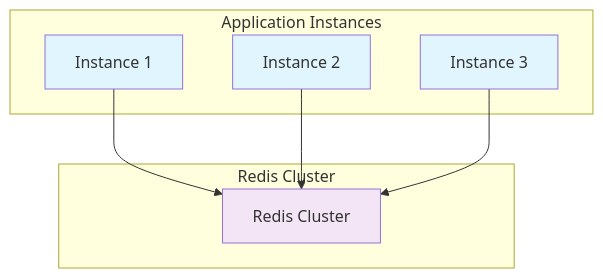
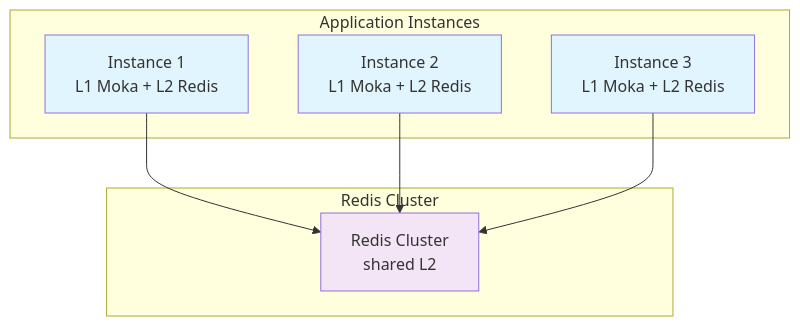
The sixth of 6 diagrams in docs/ARCHITECTURE.md (Kirky-X/oxcache), drawn with Mermaid before and after one commit. The commit also changed other lines of this file and 2 other files, not shown here.

First line of the commit message:
docs: update API_REFERENCE, USER_GUIDE, ARCHITECTURE to 0.3.2

````diff
--- a/docs/ARCHITECTURE.md
+++ b/docs/ARCHITECTURE.md
@@ -669,21 +737,21 @@
 ```mermaid
 graph TD
     subgraph "Application Instances"
-        I1[Instance 1]
-        I2[Instance 2]
-        I3[Instance 3]
+        I1[Instance 1<br/>L1 Moka + L2 Redis]
+        I2[Instance 2<br/>L1 Moka + L2 Redis]
+        I3[Instance 3<br/>L1 Moka + L2 Redis]
     end
 
     subgraph "Redis Cluster"
-        R[Redis Cluster]
+        R[Redis Cluster<br/>shared L2]
     end
 
     I1 --> R
     I2 --> R
     I3 --> R
 
     style I1 fill:#e1f5fe
     style I2 fill:#e1f5fe
     style I3 fill:#e1f5fe
     style R fill:#f3e5f5
 ```
````
